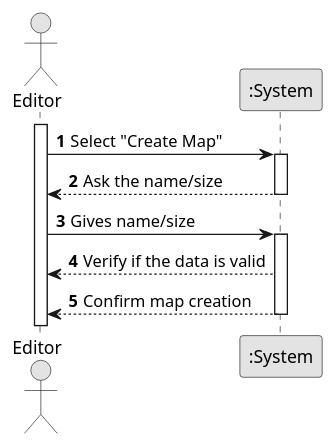
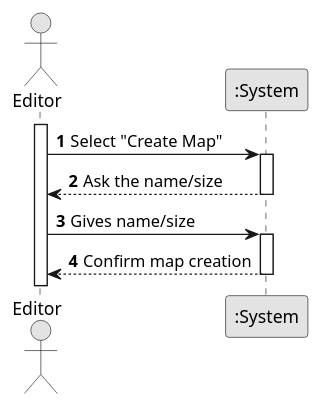
One commit to 1240826/empire-on-tracks changed the diagram in docs/system-documentation/US001/01.requirements-engineering/puml/US001_CreateMap.puml. Above: the diagram before and after it, drawn with PlantUML. The commit also changed 2 other files, not shown here.

```diff
--- a/docs/system-documentation/US001/01.requirements-engineering/puml/US001_CreateMap.puml
+++ b/docs/system-documentation/US001/01.requirements-engineering/puml/US001_CreateMap.puml
@@ -1,26 +1,25 @@
 @startuml
 skinparam monochrome true
 skinparam packageStyle rectangle
 skinparam shadowing false
 
 autonumber
 
 actor "Editor" as Employee
 participant ":System" as System
 
 activate Employee
 
     Employee -> System : Select "Create Map"
     activate System
 
         System --> Employee : Ask the name/size
     deactivate System
 
     Employee -> System : Gives name/size
     activate System
 
-        System --> Employee : Verify if the data is valid
         System --> Employee : Confirm map creation
     deactivate System
 
 @enduml
```
